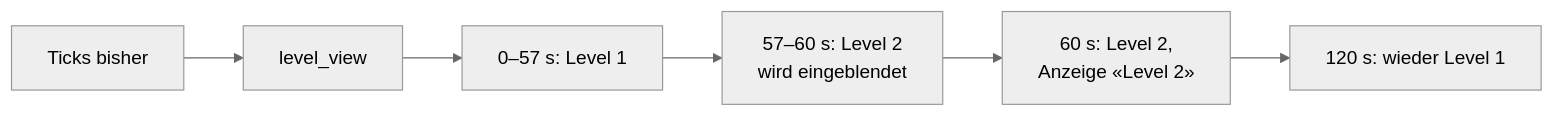
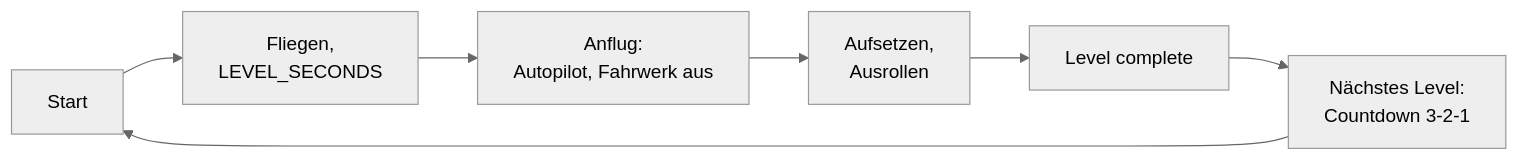
One commit to m0nstergamez/airplane-scoring changed the seventh of 9 diagrams in docs/content/de/develop.md. Above: the diagram before and after it, drawn with Mermaid (neutral theme). The commit also changed other lines of this file and 12 other files, not shown here.

````diff
--- a/docs/content/de/develop.md
+++ b/docs/content/de/develop.md
@@ -288,5 +290,4 @@
 ```mermaid
 flowchart LR
-    T["Ticks bisher"] --> V["level_view"]
-    V --> L1["0–57 s: Level 1"] --> F["57–60 s: Level 2<br/>wird eingeblendet"] --> L2["60 s: Level 2,<br/>Anzeige «Level 2»"] --> R["120 s: wieder Level 1"]
+    T["Start"] --> F["Fliegen,<br/>LEVEL_SECONDS"] --> A["Anflug:<br/>Autopilot, Fahrwerk aus"] --> R["Aufsetzen,<br/>Ausrollen"] --> C["Level complete"] --> N["Nächstes Level:<br/>Countdown 3-2-1"] --> T
 ```
````
